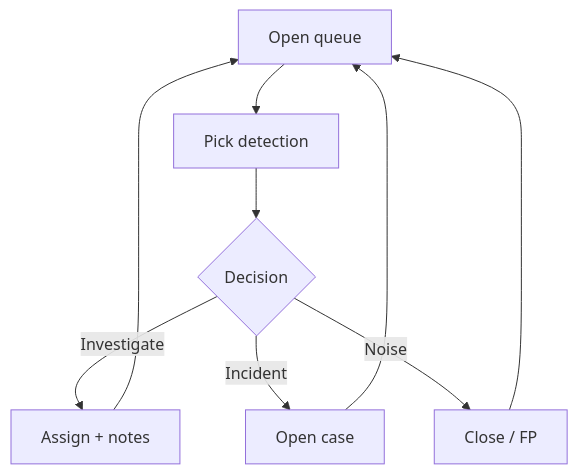
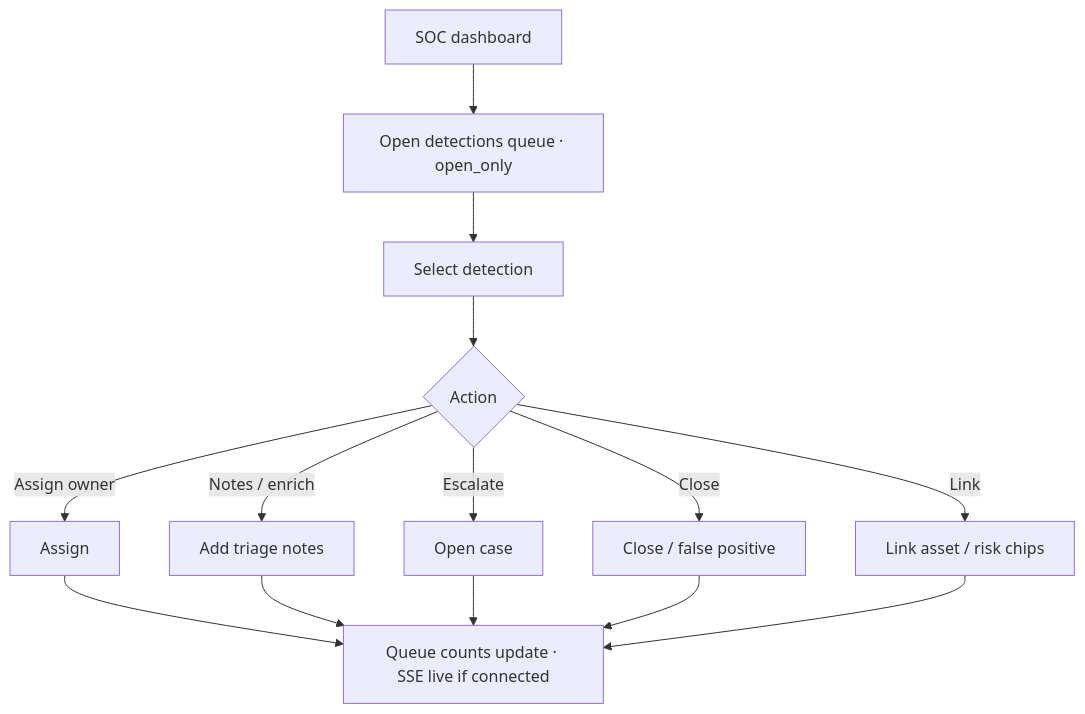
Before and after one commit to Phantom-Fort/Phantix-Frontend: the diagram in docs/how-to/command-centre/07-triage-soc.md, drawn with Mermaid. The commit also changed other lines of this file and 44 other files, not shown here.

````diff
--- a/docs/how-to/command-centre/07-triage-soc.md
+++ b/docs/how-to/command-centre/07-triage-soc.md
@@ -30,11 +11,12 @@
 ```mermaid
 flowchart TD
-  Q[Open queue] --> D[Pick detection]
-  D --> T{Decision}
-  T -->|Investigate| A[Assign + notes]
-  T -->|Incident| C[Open case]
-  T -->|Noise| F[Close / FP]
-  A --> Q
-  C --> Q
-  F --> Q
+  A[SOC dashboard] --> B[Open detections queue · open_only]
+  B --> C[Select detection]
+  C --> D{Action}
+  D -->|Assign owner| E[Assign]
+  D -->|Notes / enrich| F[Add triage notes]
+  D -->|Escalate| G[Open case]
+  D -->|Close| H[Close / false positive]
+  D -->|Link| I[Link asset / risk chips]
+  E & F & G & H & I --> J[Queue counts update · SSE live if connected]
 ```
````
